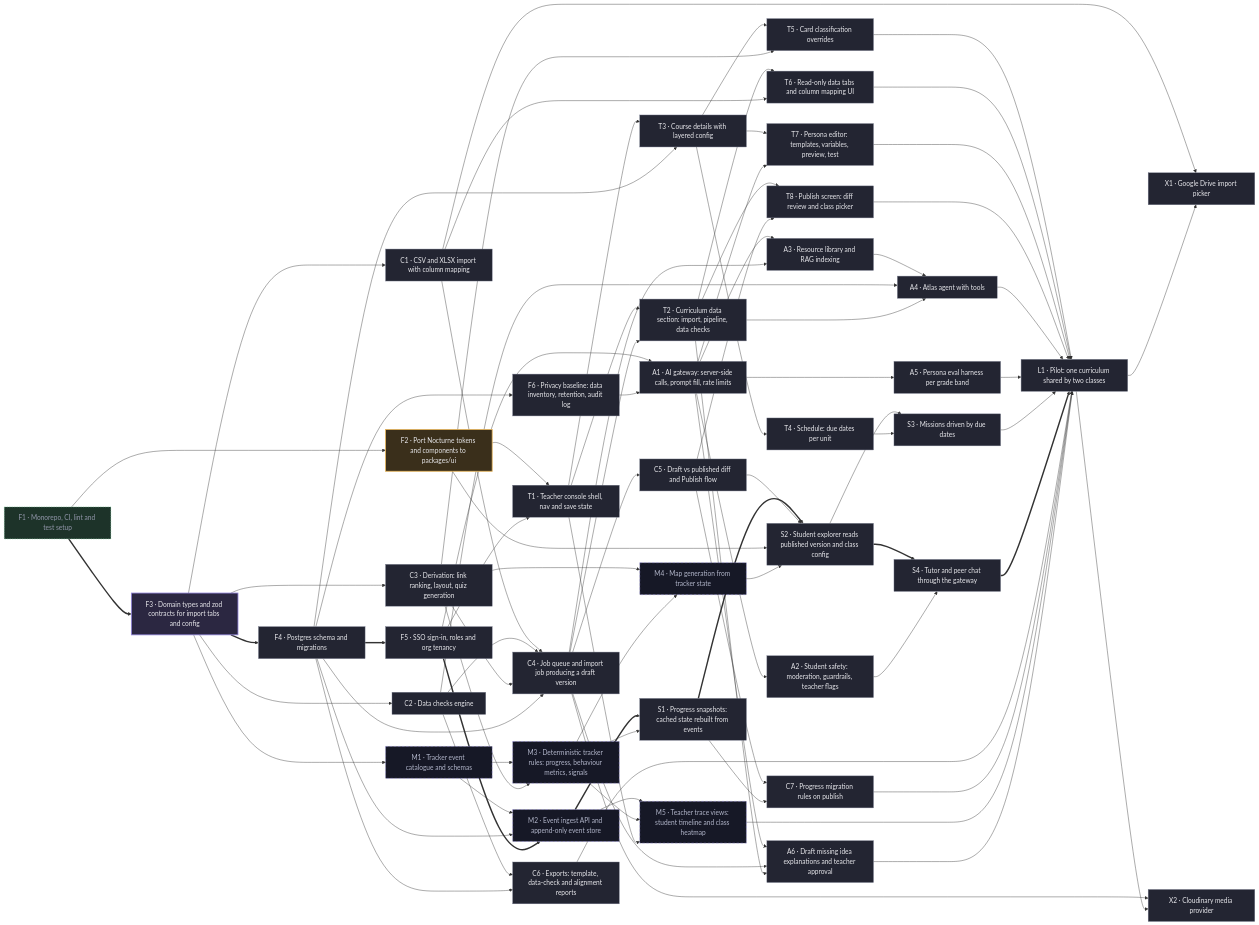
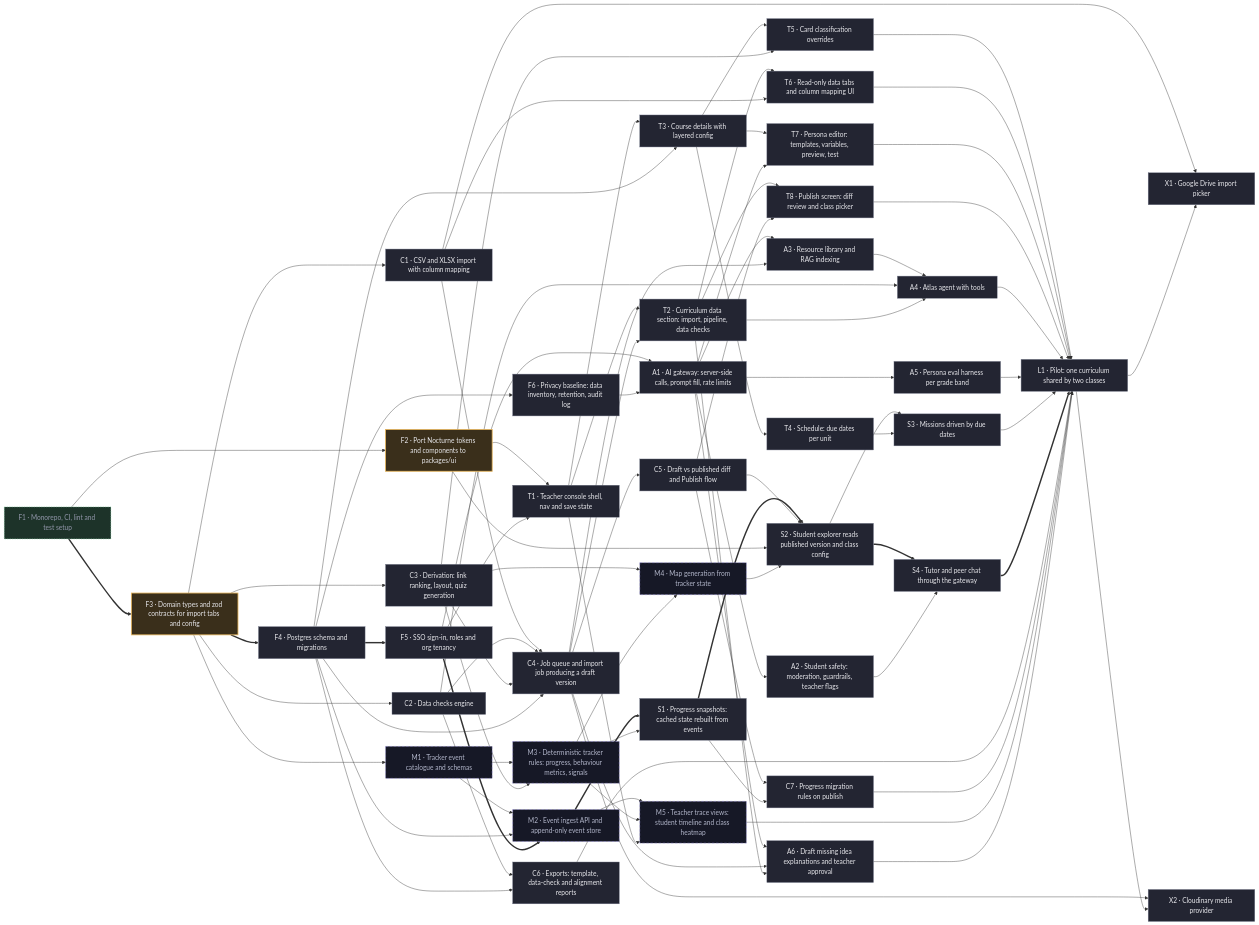
Before and after one commit to tenkevin/mind-your-tutor: the diagram in docs/PLAN.md, drawn with Mermaid. The commit also changed other lines of this file and 1 other file, not shown here.

First line of the commit message:
plan: F3 in review (PR #4)

````diff
--- a/docs/PLAN.md
+++ b/docs/PLAN.md
@@ -204,8 +204,7 @@
   classDef done fill:#1d3329,stroke:#6fcf97,color:#9397ab,stroke-dasharray:3 3
   classDef spec fill:#161826,stroke:#968ae0,color:#b2b6ca,stroke-dasharray:6 4
   class F4,F5,F6,C1,C2,C3,C4,C5,C6,C7,T1,T2,T3,T4,T5,T6,T7,T8,A1,A2,A3,A4,A5,A6,S1,S2,S3,S4,L1,X1,X2 todo
-  class F3 doing
-  class F2 review
+  class F2,F3 review
   class F1 done
   class M1,M2,M3,M4,M5 spec
 ```
````
